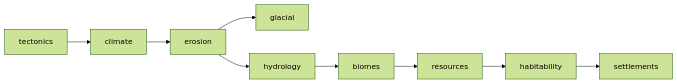
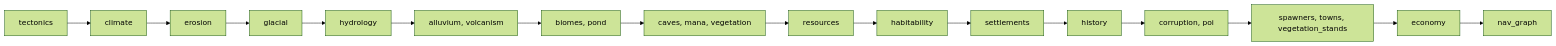
The diagram in content/docs/server/world-generation.md (tfelix/bestia-docs), drawn with Mermaid (forest theme) before and after one commit. The commit also changed other lines of this file, not shown here.

First line of the commit message:
Rewrite world generation page: full pipeline, storage, biomes, benchmarks

````diff
--- a/content/docs/server/world-generation.md
+++ b/content/docs/server/world-generation.md
@@ -43,11 +51,18 @@
 ```mermaid
 graph LR
   T[tectonics] --> C[climate]
   C --> E[erosion]
   E --> G[glacial]
-  E --> H[hydrology]
-  H --> B[biomes]
-  B --> R[resources]
+  G --> H[hydrology]
+  H --> AL["alluvium, volcanism"]
+  AL --> BP["biomes, pond"]
+  BP --> CMV["caves, mana, vegetation"]
+  CMV --> R[resources]
   R --> HA[habitability]
   HA --> S[settlements]
+  S --> HI[history]
+  HI --> COP["corruption, poi"]
+  COP --> STV["spawners, towns, vegetation_stands"]
+  STV --> EC[economy]
+  EC --> NG[nav_graph]
 ```
````
